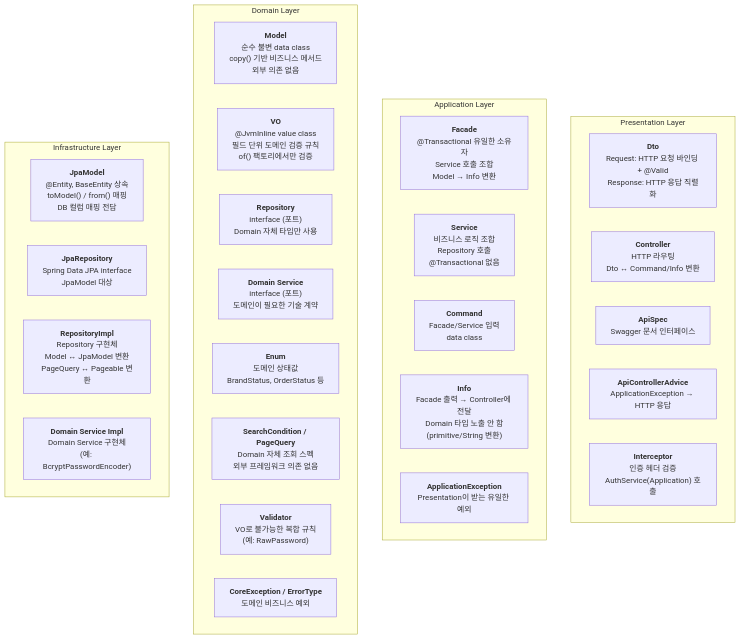
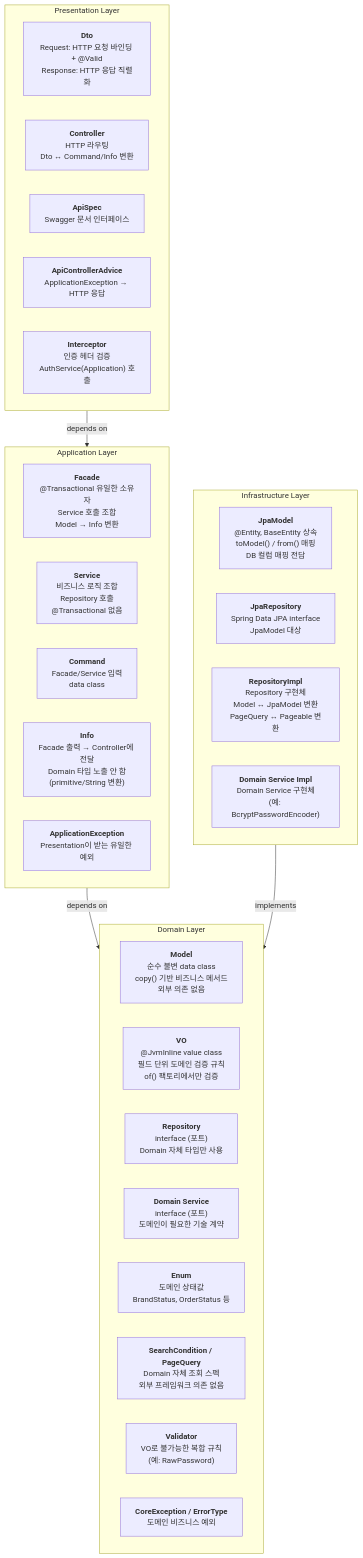
Before and after one commit to Loopers-dev-lab/loop-pack-be-l2-vol3-kotlin: the second of 4 diagrams in docs/design/06-layer-class-responsibility.md, drawn with Mermaid.

Commit message:
docs: Class Suffix별 책임 다이어그램 레이아웃 수정
Presentation → Application → Domain → Infrastructure 순서로
top-down 배치하고, 각 레이어 내부는 좌우(LR) 배치로 변경한다.

````diff
--- a/docs/design/06-layer-class-responsibility.md
+++ b/docs/design/06-layer-class-responsibility.md
@@ -55,36 +55,44 @@
 ```mermaid
-graph TB
+graph TD
     subgraph Presentation["Presentation Layer"]
+        direction LR
         DTO["<b>Dto</b>\nRequest: HTTP 요청 바인딩 + @Valid\nResponse: HTTP 응답 직렬화"]
         CTRL["<b>Controller</b>\nHTTP 라우팅\nDto ↔ Command/Info 변환"]
         SPEC["<b>ApiSpec</b>\nSwagger 문서 인터페이스"]
         ADVICE["<b>ApiControllerAdvice</b>\nApplicationException → HTTP 응답"]
         INTERCEPTOR["<b>Interceptor</b>\n인증 헤더 검증\nAuthService(Application) 호출"]
     end
 
     subgraph Application["Application Layer"]
+        direction LR
         FACADE["<b>Facade</b>\n@Transactional 유일한 소유자\nService 호출 조합\nModel → Info 변환"]
         SVC["<b>Service</b>\n비즈니스 로직 조합\nRepository 호출\n@Transactional 없음"]
         CMD["<b>Command</b>\nFacade/Service 입력\ndata class"]
         INFO["<b>Info</b>\nFacade 출력 → Controller에 전달\nDomain 타입 노출 안 함\n(primitive/String 변환)"]
         APP_EX["<b>ApplicationException</b>\nPresentation이 받는 유일한 예외"]
     end
 
     subgraph Domain["Domain Layer"]
+        direction LR
         MODEL["<b>Model</b>\n순수 불변 data class\ncopy() 기반 비즈니스 메서드\n외부 의존 없음"]
         VO["<b>VO</b>\n@JvmInline value class\n필드 단위 도메인 검증 규칙\nof() 팩토리에서만 검증"]
         REPO["<b>Repository</b>\ninterface (포트)\nDomain 자체 타입만 사용"]
         DS["<b>Domain Service</b>\ninterface (포트)\n도메인이 필요한 기술 계약"]
         ENUM_D["<b>Enum</b>\n도메인 상태값\nBrandStatus, OrderStatus 등"]
         COND["<b>SearchCondition / PageQuery</b>\nDomain 자체 조회 스펙\n외부 프레임워크 의존 없음"]
         VALID["<b>Validator</b>\nVO로 불가능한 복합 규칙\n(예: RawPassword)"]
         CORE_EX["<b>CoreException / ErrorType</b>\n도메인 비즈니스 예외"]
     end
 
     subgraph Infrastructure["Infrastructure Layer"]
+        direction LR
         JPA_MODEL["<b>JpaModel</b>\n@Entity, BaseEntity 상속\ntoModel() / from() 매핑\nDB 컬럼 매핑 전담"]
         JPA_REPO["<b>JpaRepository</b>\nSpring Data JPA interface\nJpaModel 대상"]
         REPO_IMPL["<b>RepositoryImpl</b>\nRepository 구현체\nModel ↔ JpaModel 변환\nPageQuery ↔ Pageable 변환"]
         DS_IMPL["<b>Domain Service Impl</b>\nDomain Service 구현체\n(예: BcryptPasswordEncoder)"]
     end
+
+    Presentation -->|"depends on"| Application
+    Application -->|"depends on"| Domain
+    Infrastructure -->|"implements"| Domain
 ```
````
